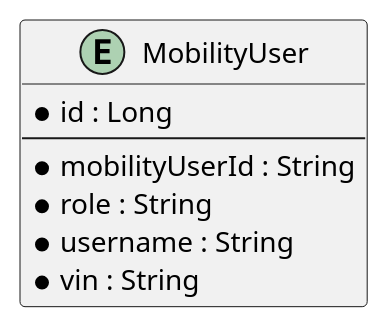
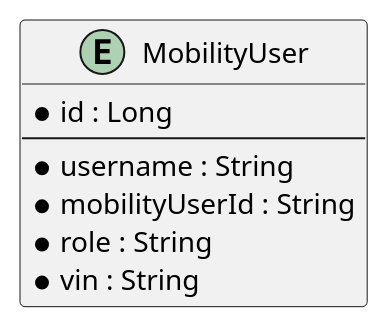
Before and after one commit to Dinesh-s95/AutoDoc.ai: the fourth of 4 diagrams in usermanagement/documentation/detaileddesign.adoc, drawn with PlantUML. The commit also changed other lines of this file and 15 other files, not shown here.

```diff
--- a/usermanagement/documentation/detaileddesign.adoc
+++ b/usermanagement/documentation/detaileddesign.adoc
@@ -163,13 +267,14 @@
 [plantuml, entity-relationship-diagram, png]
 ----
 @startuml
 entity "MobilityUser" {
-  *id : Long
-  --
-  *mobilityUserId : String
-  *role : String
-  *username : String
-  *vin : String
+    * id : Long
+    --
+    * username : String
+    * mobilityUserId : String
+    * role : String
+    * vin : String
 }
+
 @enduml
 ----
```
